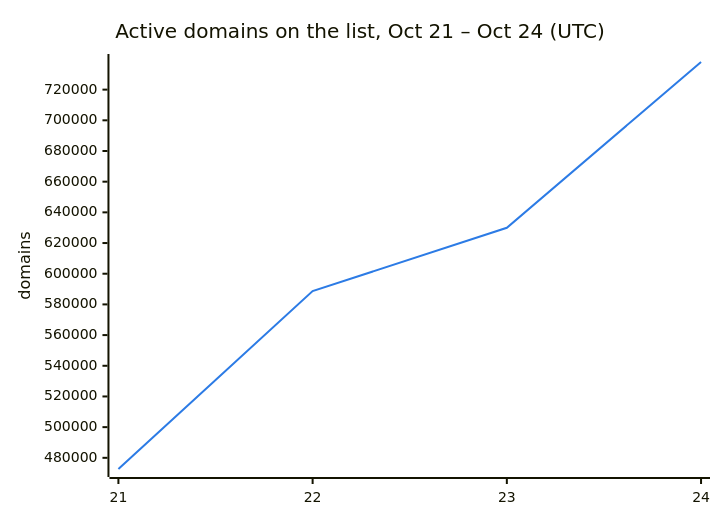
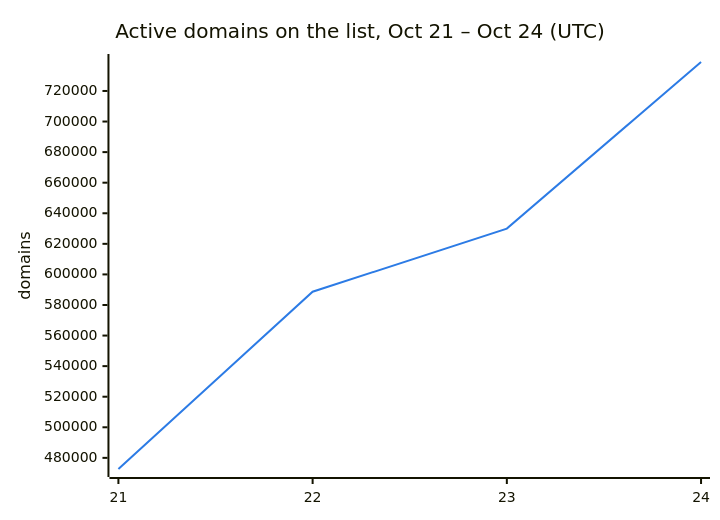
Before and after one commit to DNSBunker/CTI: the second of 3 diagrams in README.md, drawn with Mermaid. The commit also changed other lines of this file and 3 other files, not shown here.

````diff
--- a/README.md
+++ b/README.md
@@ -38,8 +38,8 @@
 ```mermaid
 %%{init: {"themeVariables": {"xyChart": {"plotColorPalette": "#2c7be5"}}}}%%
 xychart-beta
     title "Active domains on the list, Oct 21 – Oct 24 (UTC)"
     x-axis ["21", "22", "23", "24"]
     y-axis "domains"
-    line [472713, 588659, 629951, 738009]
+    line [472713, 588659, 629951, 738947]
 ```
````
